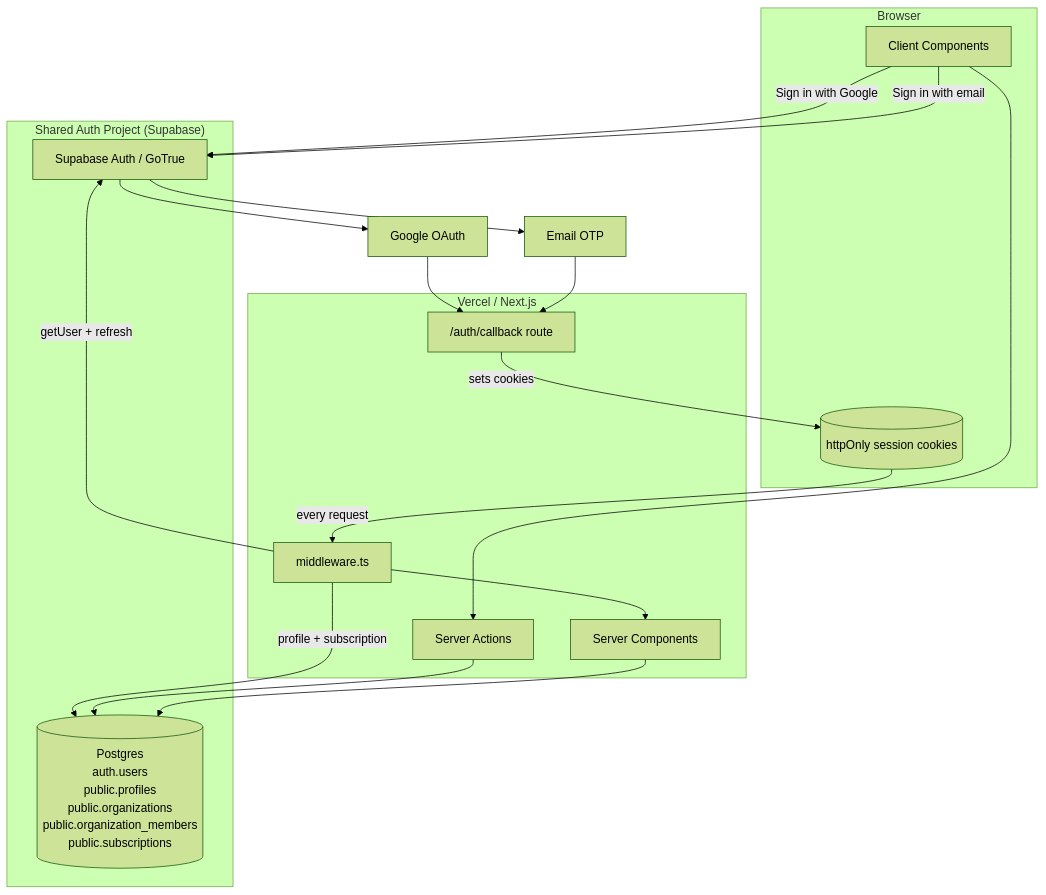
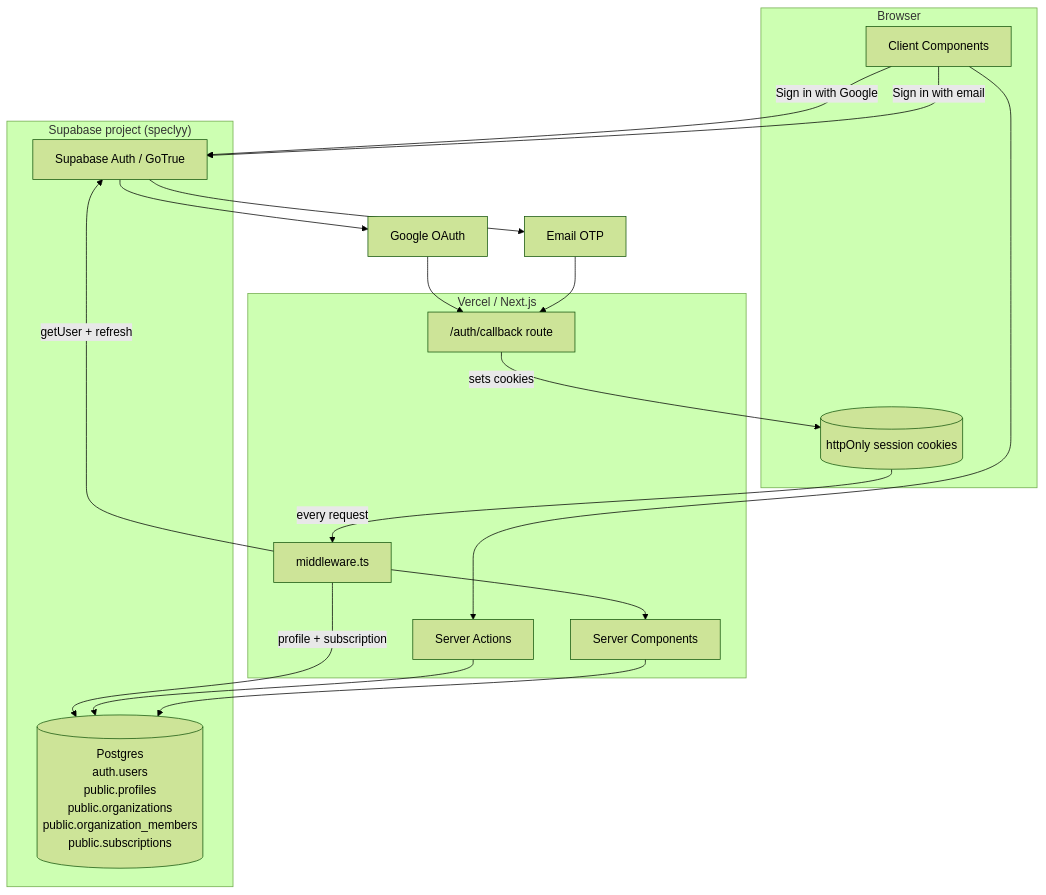
Before and after one commit to imaanbrar/speclyy: the diagram in docs/architecture/auth.md, drawn with Mermaid (forest theme). The commit also changed other lines of this file and 71 other files, not shown here.

Commit message:
Implement onboarding flow

````diff
--- a/docs/architecture/auth.md
+++ b/docs/architecture/auth.md
@@ -29,37 +28,37 @@
 ```mermaid
 flowchart TB
   subgraph Browser
     UI[Client Components]
     Cookie[(httpOnly session cookies)]
   end
 
   subgraph Vercel["Vercel / Next.js"]
     MW[middleware.ts]
     RSC[Server Components]
     SA[Server Actions]
     Cb["/auth/callback route"]
   end
 
-  subgraph Supabase["Shared Auth Project (Supabase)"]
+  subgraph Supabase["Supabase project (speclyy)"]
     Auth[Supabase Auth / GoTrue]
     DB[(Postgres<br/>auth.users<br/>public.profiles<br/>public.organizations<br/>public.organization_members<br/>public.subscriptions)]
   end
 
   Google[Google OAuth]
   Mail[Email OTP]
 
   UI -->|"Sign in with Google"| Auth
   UI -->|"Sign in with email"| Auth
   Auth --> Google
   Auth --> Mail
   Google --> Cb
   Mail --> Cb
   Cb -->|sets cookies| Cookie
   Cookie -->|every request| MW
   MW -->|getUser + refresh| Auth
   MW -->|profile + subscription| DB
   MW --> RSC
   UI --> SA
   SA --> DB
   RSC --> DB
 ```
````
